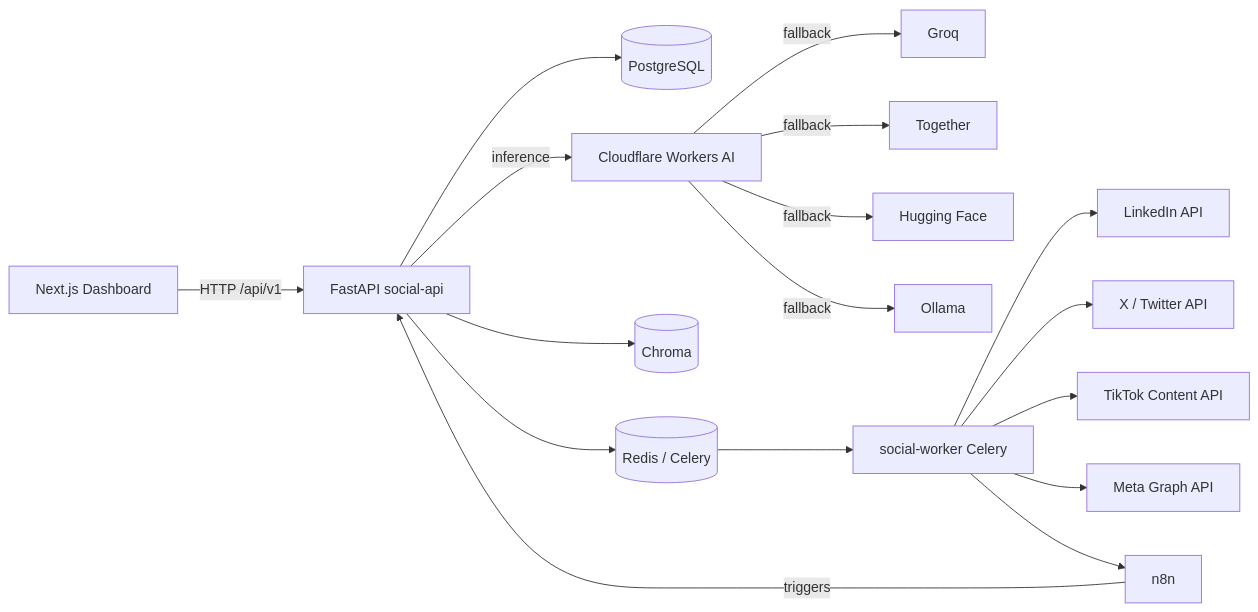
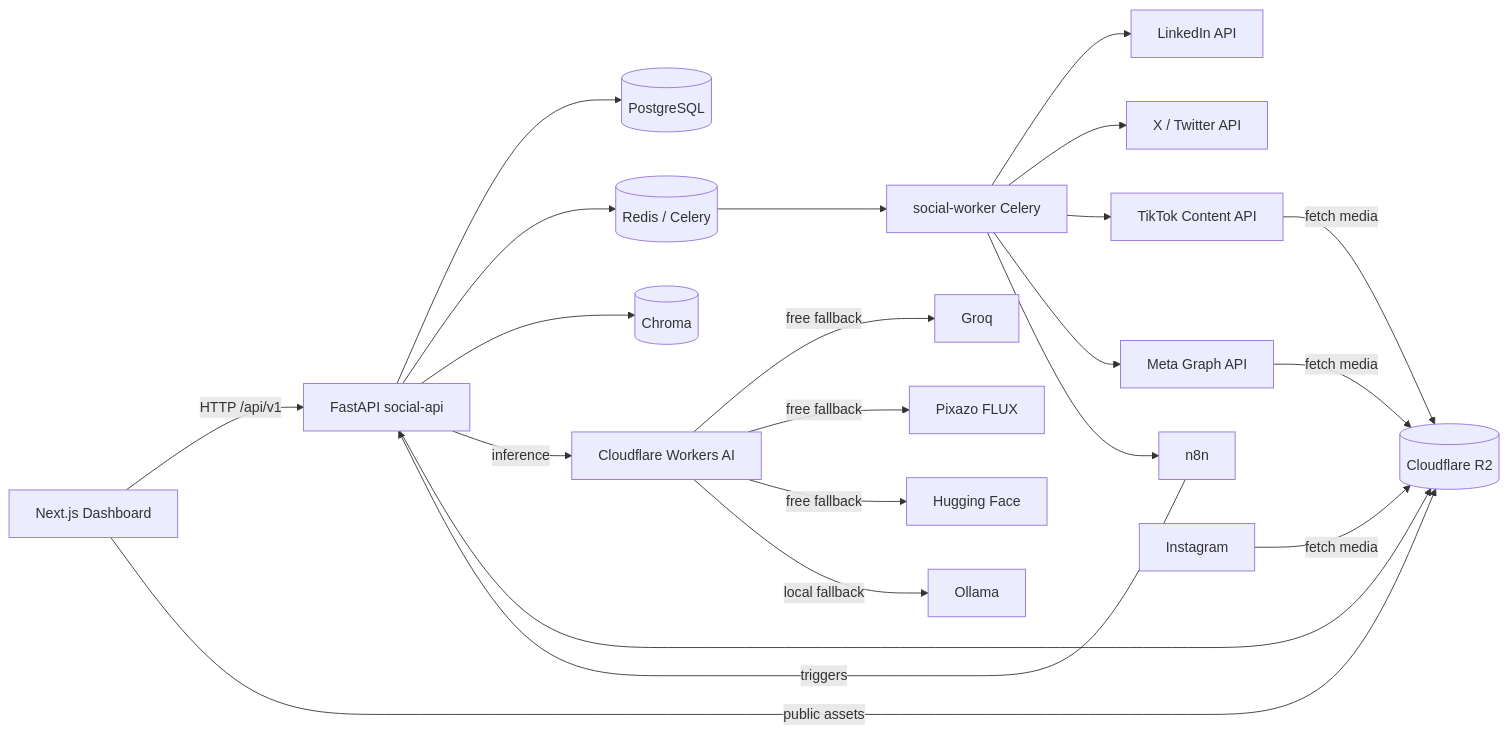
The first of 14 diagrams in docs/superpowers/plans/plan-e6a92ed66b9dca4a.md (Themis128/cu130-slim), drawn with Mermaid before and after one commit. The commit also changed other lines of this file and 6 other files, not shown here.

First line of the commit message:
feat: R2-backed media library foundation + updated roadmap diagrams

````diff
--- a/docs/superpowers/plans/plan-e6a92ed66b9dca4a.md
+++ b/docs/superpowers/plans/plan-e6a92ed66b9dca4a.md
@@ -165,19 +165,24 @@
 ```mermaid
 flowchart LR
     User[Next.js Dashboard] -->|HTTP /api/v1| FastAPI[FastAPI social-api]
     FastAPI --> Postgres[(PostgreSQL)]
     FastAPI --> Redis[(Redis / Celery)]
     FastAPI --> Chroma[(Chroma)]
     FastAPI -->|inference| WorkersAI[Cloudflare Workers AI]
-    WorkersAI -->|fallback| Groq[Groq]
-    WorkersAI -->|fallback| Together[Together]
-    WorkersAI -->|fallback| HF[Hugging Face]
-    WorkersAI -->|fallback| Ollama[Ollama]
+    WorkersAI -->|free fallback| Groq[Groq]
+    WorkersAI -->|free fallback| Pixazo[Pixazo FLUX]
+    WorkersAI -->|free fallback| HF[Hugging Face]
+    WorkersAI -->|local fallback| Ollama[Ollama]
+    FastAPI --> R2[(Cloudflare R2)]
     Redis --> Worker[social-worker Celery]
     Worker --> LinkedIn[LinkedIn API]
     Worker --> Twitter[X / Twitter API]
     Worker --> TikTok[TikTok Content API]
     Worker --> Meta[Meta Graph API]
     n8n -->|triggers| FastAPI
     Worker --> n8n
+    User -->|public assets| R2
+    Meta -->|fetch media| R2
+    TikTok -->|fetch media| R2
+    Instagram -->|fetch media| R2
 ```
````
